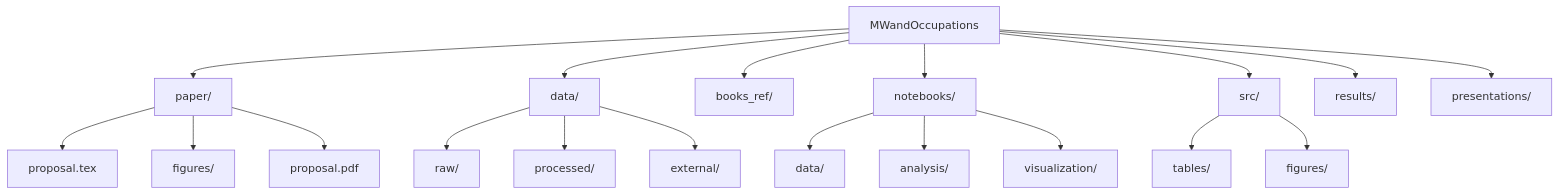
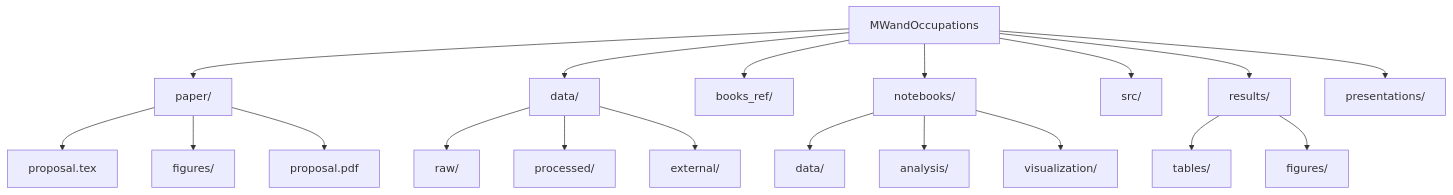
The diagram in README.md (AlbertLeo1/MWandOccupations), drawn with Mermaid before and after one commit.

Commit message:
Update F to G in README.md for clarity

````diff
--- a/README.md
+++ b/README.md
@@ -19,25 +19,25 @@
 ```mermaid
 flowchart TD
     A[MWandOccupations] --> B[paper/]
     A --> C[data/] 
     A --> D[books_ref/]
     A --> E[notebooks/]
     A --> F[src/]
     A --> G[results/]
     A --> H[presentations/]
     
     B --> B1[proposal.tex]
     B --> B2[figures/]
     B --> B3[proposal.pdf]
     
     C --> C1[raw/]
     C --> C2[processed/]
     C --> C3[external/]
     
     E --> E1[data/]
     E --> E2[analysis/]
     E --> E3[visualization/]
     
-    F --> G1[tables/]
-    F --> G2[figures/]
+    G --> G1[tables/]
+    G --> G2[figures/]
 ```
````
